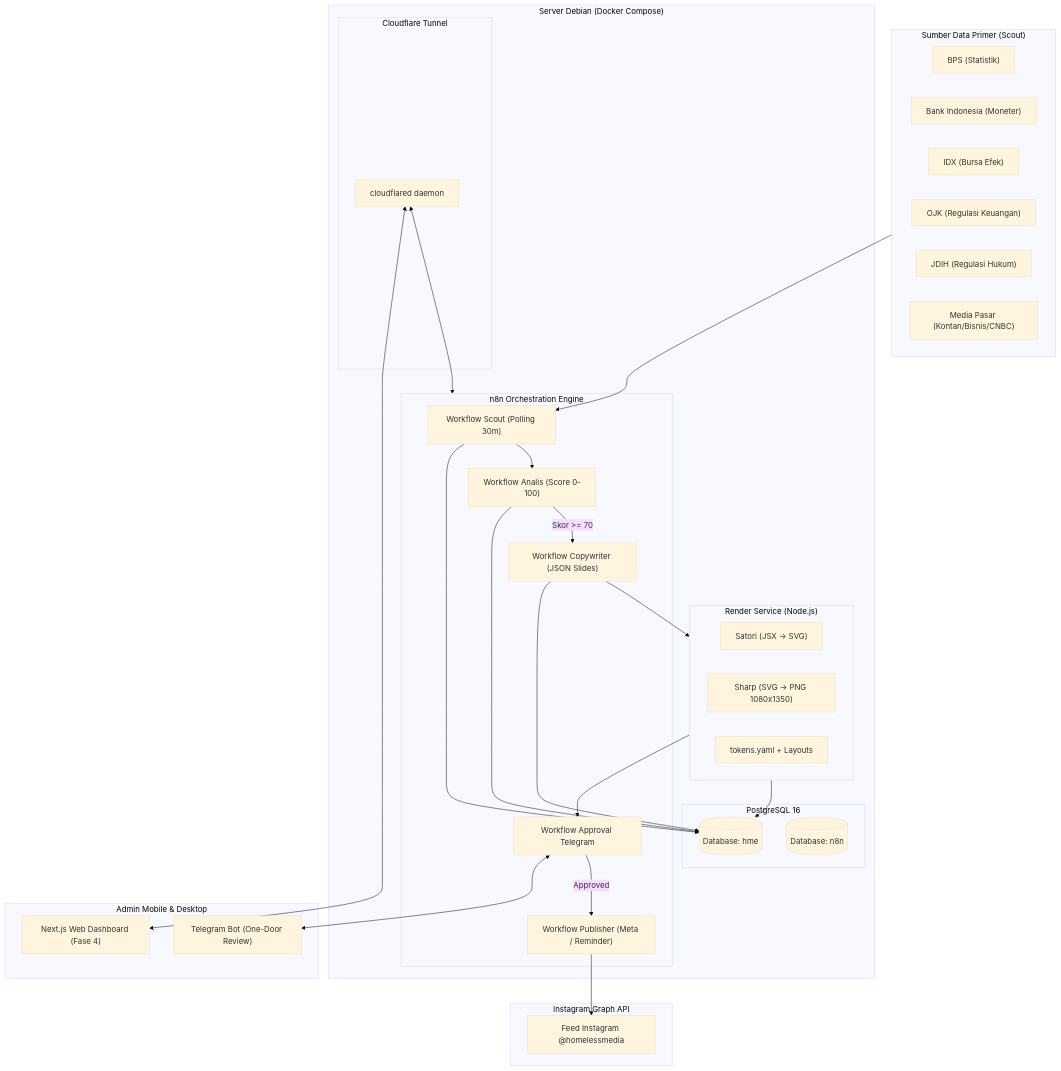
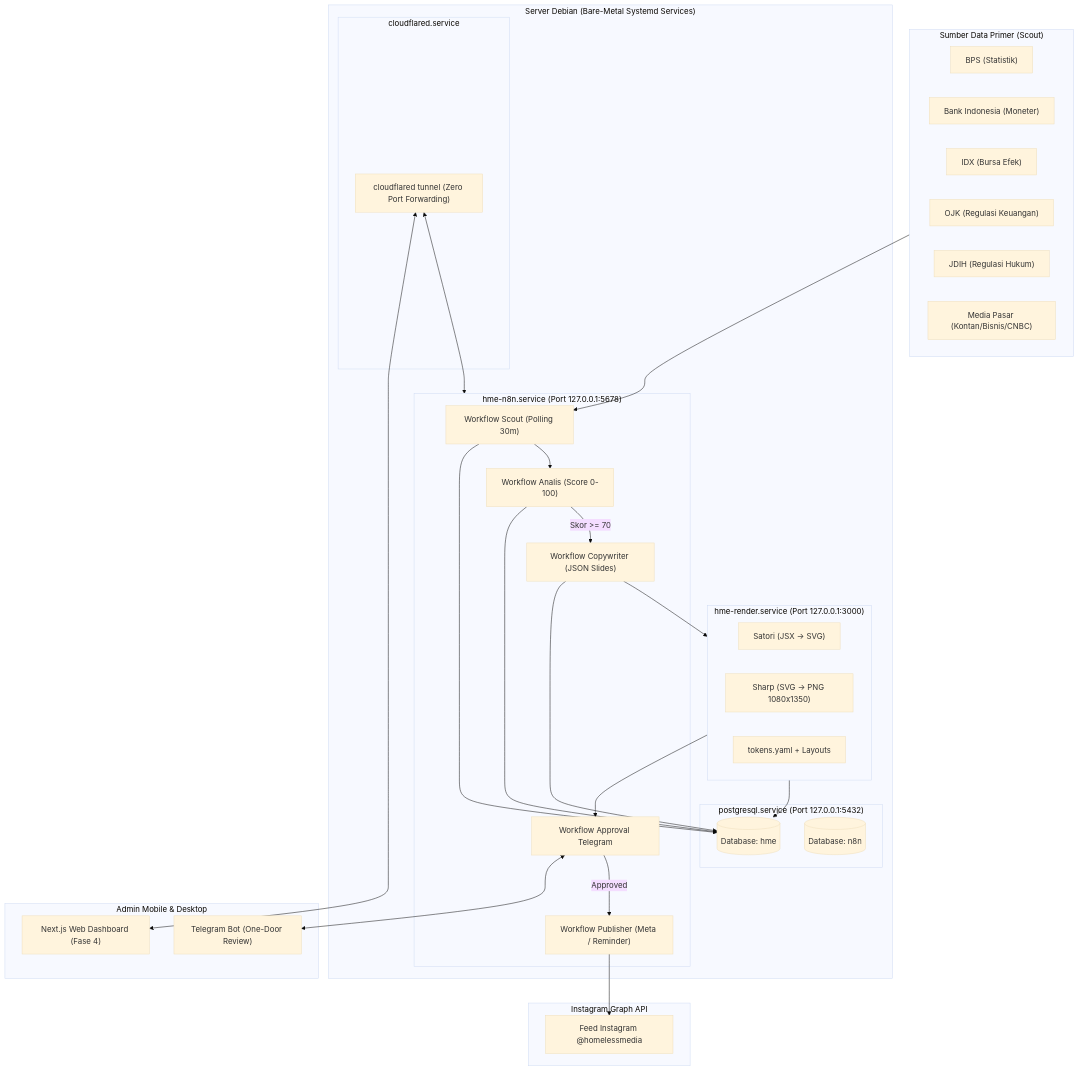
Before and after one commit to aryarifki/gapura: the diagram in docs/plans/00_MASTER_BLUEPRINT.md, drawn with Mermaid (base theme). The commit also changed other lines of this file and 1 other file, not shown here.

Commit message:
docs: add bare-metal native systemd runtime option to save 3GB disk space

````diff
--- a/docs/plans/00_MASTER_BLUEPRINT.md
+++ b/docs/plans/00_MASTER_BLUEPRINT.md
@@ -34,60 +41,60 @@
 ```mermaid
 flowchart TD
     subgraph ExternalSources["Sumber Data Primer (Scout)"]
         BPS["BPS (Statistik)"]
         BI["Bank Indonesia (Moneter)"]
         IDX["IDX (Bursa Efek)"]
         OJK["OJK (Regulasi Keuangan)"]
         JDIH["JDIH (Regulasi Hukum)"]
         News["Media Pasar (Kontan/Bisnis/CNBC)"]
     end
 
-    subgraph DockerHost["Server Debian (Docker Compose)"]
-        subgraph n8n_Core["n8n Orchestration Engine"]
+    subgraph NativeHost["Server Debian (Bare-Metal Systemd Services)"]
+        subgraph n8n_Core["hme-n8n.service (Port 127.0.0.1:5678)"]
             ScoutWF["Workflow Scout (Polling 30m)"]
             AnalisWF["Workflow Analis (Score 0-100)"]
             CopyWF["Workflow Copywriter (JSON Slides)"]
             TeleWF["Workflow Approval Telegram"]
             PubWF["Workflow Publisher (Meta / Reminder)"]
         end
 
-        subgraph Render_Service["Render Service (Node.js)"]
+        subgraph Render_Service["hme-render.service (Port 127.0.0.1:3000)"]
             Satori["Satori (JSX -> SVG)"]
             Sharp["Sharp (SVG -> PNG 1080x1350)"]
             Tokens["tokens.yaml + Layouts"]
         end
 
-        subgraph Database["PostgreSQL 16"]
+        subgraph Database["postgresql.service (Port 127.0.0.1:5432)"]
             DB_HME[(Database: hme)]
             DB_N8N[(Database: n8n)]
         end
 
-        subgraph Ingress["Cloudflare Tunnel"]
-            CFTunnel["cloudflared daemon"]
+        subgraph Ingress["cloudflared.service"]
+            CFTunnel["cloudflared tunnel (Zero Port Forwarding)"]
         end
     end
 
     subgraph HumanAdmin["Admin Mobile & Desktop"]
         Telegram["Telegram Bot (One-Door Review)"]
         WebDash["Next.js Web Dashboard (Fase 4)"]
     end
 
     subgraph PublishingTarget["Instagram Graph API"]
         IGFeed["Feed Instagram @homelessmedia"]
     end
 
     ExternalSources --> ScoutWF
     ScoutWF --> DB_HME
     ScoutWF --> AnalisWF
     AnalisWF --> DB_HME
     AnalisWF -- "Skor >= 70" --> CopyWF
     CopyWF --> DB_HME
     CopyWF --> Render_Service
     Render_Service --> DB_HME
     Render_Service --> TeleWF
     TeleWF <--> Telegram
     TeleWF -- "Approved" --> PubWF
     PubWF --> IGFeed
     CFTunnel <--> n8n_Core
     CFTunnel <--> WebDash
 ```
````
